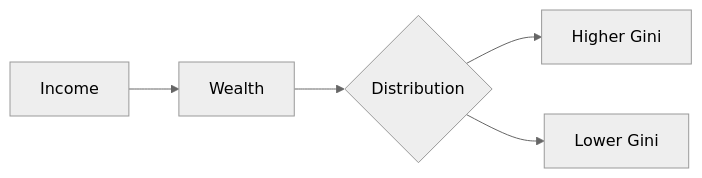
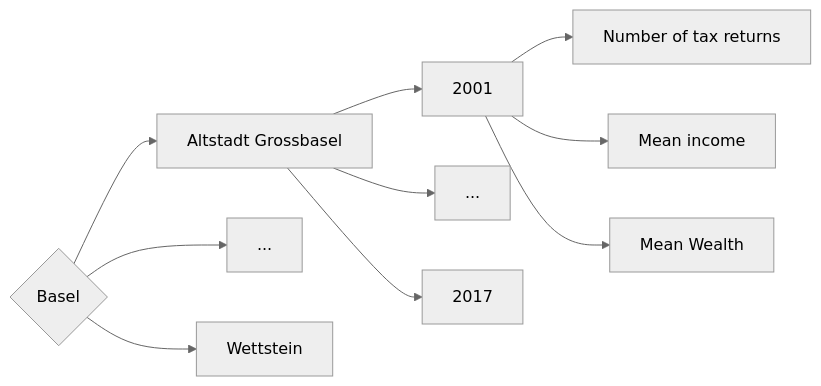
Before and after one commit to therbootcamp/DataViz_2024Bern: the diagram in _sessions/quarto2/Report2.qmd, drawn with Mermaid (neutral theme). The commit also changed other lines of this file and 10 other files, not shown here.

````diff
--- a/_sessions/quarto2/Report2.qmd
+++ b/_sessions/quarto2/Report2.qmd
@@ -39,10 +35,15 @@
 ```{mermaid}
 %%| echo: false
 %%| label: fig-gini
-%%| fig-cap: "Gini causality"
+%%| fig-cap: "Schematic overview of the data"
 flowchart LR
-  A[Income] --> B[Wealth]
-  B --> C{Distribution}
-  C --> D[Higher Gini]
-  C --> E[Lower Gini]
+  A{Basel} --> B[Altstadt Grossbasel]
+  A{Basel} --> C[...]
+  A{Basel} --> D[Wettstein]
+  B --> E[2001]
+  B --> F[...]
+  B --> G[2017]
+  E --> H[Number of tax returns]
+  E --> I[Mean income]
+  E --> J[Mean Wealth]
 ```
````
